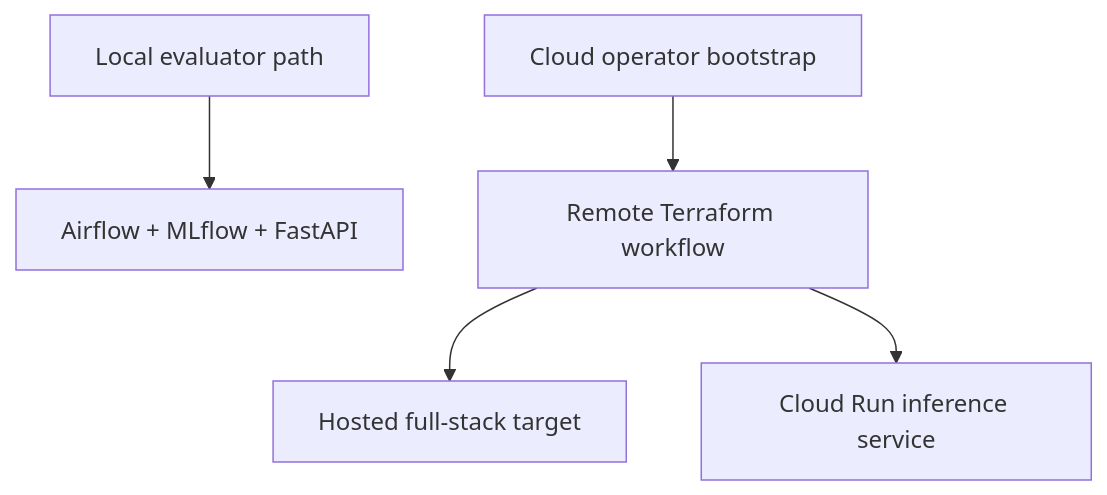
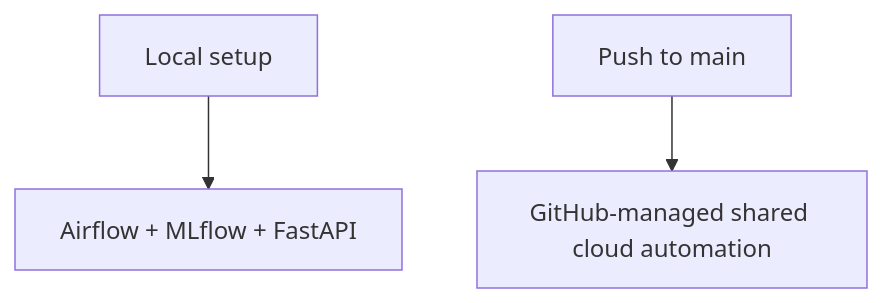
The second of 2 diagrams in README.md (javihslu/foehncast), drawn with Mermaid before and after one commit. The commit also changed other lines of this file and 12 other files, not shown here.

Commit message:
refactor(infra): simplify shared cloud automation

````diff
--- a/README.md
+++ b/README.md
@@ -40,7 +36,5 @@
 ```mermaid
 flowchart TB
-    Local[Local evaluator path] --> Compose[Airflow + MLflow + FastAPI]
-    Cloud[Cloud operator bootstrap] --> Remote[Remote Terraform workflow]
-  Remote --> Host[Hosted full-stack target]
-  Remote --> Run[Cloud Run inference service]
+    Local[Local setup] --> Compose[Airflow + MLflow + FastAPI]
+    Main[Push to main] --> Cloud[GitHub-managed shared cloud automation]
 ```
````
